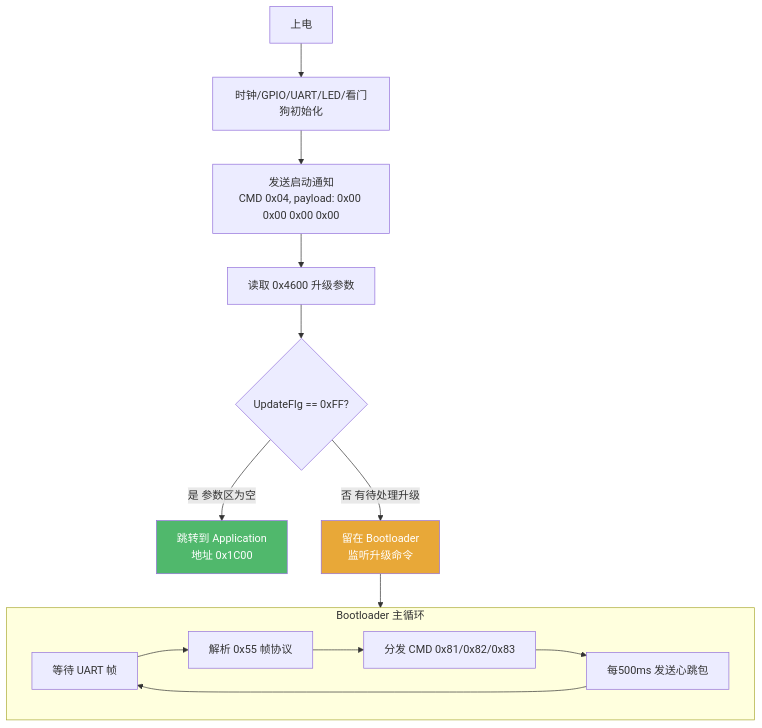
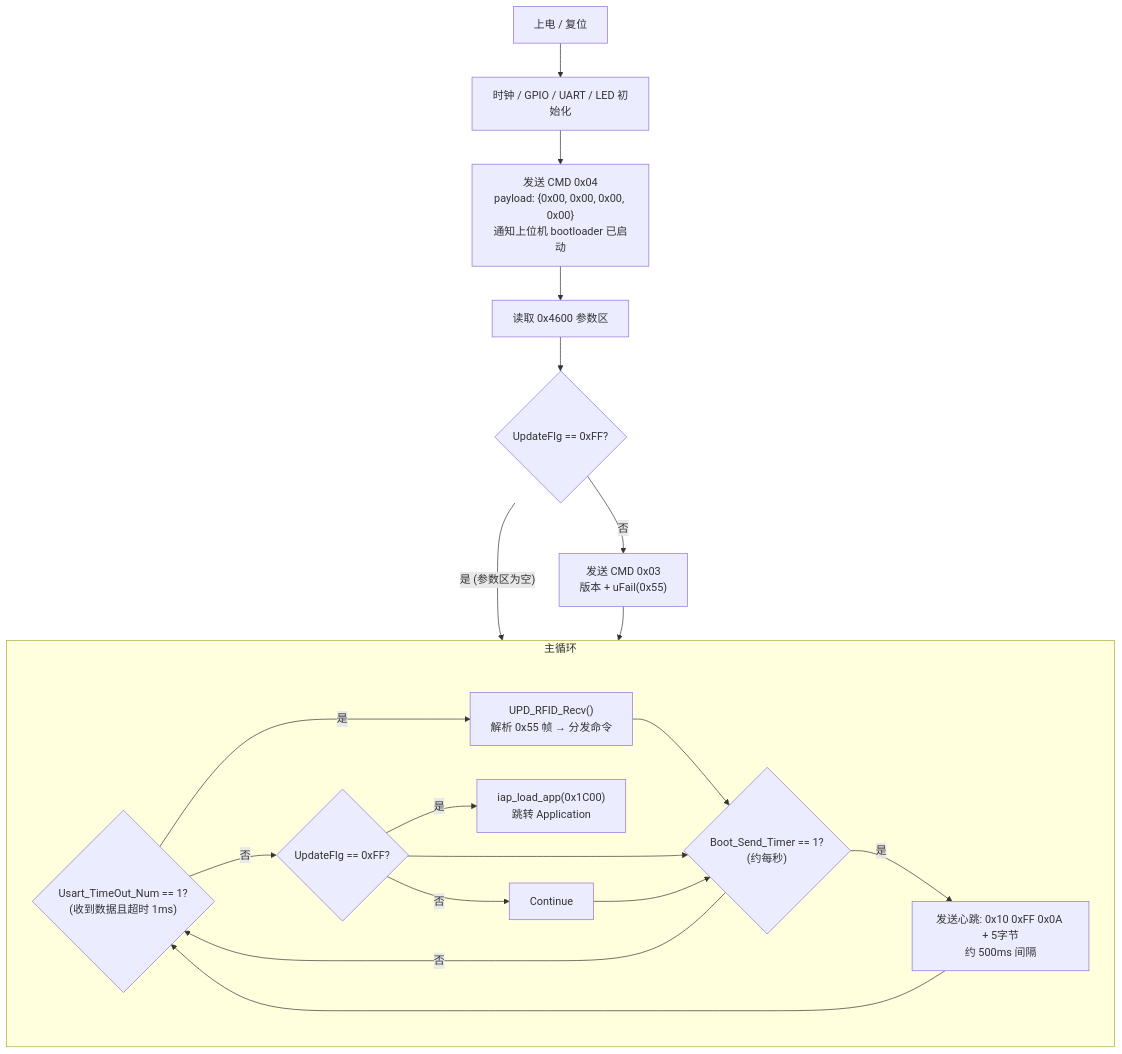
One commit to Siaiai/ObsidianNote changed the eighth of 10 diagrams in 工作/SR3读卡器/260802SR3读卡器需求.md. Above: the diagram before and after it, drawn with Mermaid. The commit also changed other lines of this file, not shown here.

````diff
--- a/工作/SR3读卡器/260802SR3读卡器需求.md
+++ b/工作/SR3读卡器/260802SR3读卡器需求.md
@@ -501,22 +612,26 @@
 ```mermaid
 flowchart TD
-    PowerOn[上电] --> Init[时钟/GPIO/UART/LED/看门狗初始化]
-    Init --> SendBoot["发送启动通知<br/>CMD 0x04, payload: 0x00 0x00 0x00 0x00"]
-    SendBoot --> ReadParam["读取 0x4600 升级参数"]
-    ReadParam --> CheckFlag{UpdateFlg == 0xFF?}
+    PowerOn["上电 / 复位"] --> Init["时钟 / GPIO / UART / LED 初始化"]
+    Init --> Send04["发送 CMD 0x04<br/>payload: {0x00, 0x00, 0x00, 0x00}<br/>通知上位机 bootloader 已启动"]
+    Send04 --> ReadParam["读取 0x4600 参数区"]
+    ReadParam --> CheckFlg{"UpdateFlg == 0xFF?"}
 
-    CheckFlag -->|是 参数区为空| JumpApp["跳转到 Application<br/>地址 0x1C00"]
-    CheckFlag -->|否 有待处理升级| StayBL["留在 Bootloader<br/>监听升级命令"]
+    CheckFlg -->|"是 (参数区为空)"| MainLoop
+    CheckFlg -->|"否"| ReportFail["发送 CMD 0x03<br/>版本 + uFail(0x55)"]
 
-    StayBL --> MainLoop
+    ReportFail --> MainLoop
 
-    subgraph MainLoop["Bootloader 主循环"]
-        Loop["等待 UART 帧"] --> Parse["解析 0x55 帧协议"]
-        Parse --> Dispatch["分发 CMD 0x81/0x82/0x83"]
-        Dispatch --> Heartbeat["每500ms 发送心跳包"]
-        Heartbeat --> Loop
+    subgraph MainLoop["主循环"]
+        CheckTimeout{"Usart_TimeOut_Num == 1?<br/>(收到数据且超时 1ms)"}
+        CheckTimeout -->|是| Process["UPD_RFID_Recv()<br/>解析 0x55 帧 → 分发命令"]
+        CheckTimeout -->|否| TryJump{"UpdateFlg == 0xFF?"}
+        TryJump -->|是| JumpApp["iap_load_app(0x1C00)<br/>跳转 Application"]
+        TryJump -->|否| Continue
+        Process --> CheckBeat{"Boot_Send_Timer == 1?<br/>(约每秒)"}
+        TryJump --> CheckBeat
+        Continue --> CheckBeat
+        CheckBeat -->|是| Beat["发送心跳: 0x10 0xFF 0x0A + 5字节<br/>约 500ms 间隔"]
+        CheckBeat -->|否| CheckTimeout
+        Beat --> CheckTimeout
     end
-
-    style JumpApp fill:#50B86C,color:#fff
-    style StayBL fill:#E8A838,color:#fff
 ```
````
